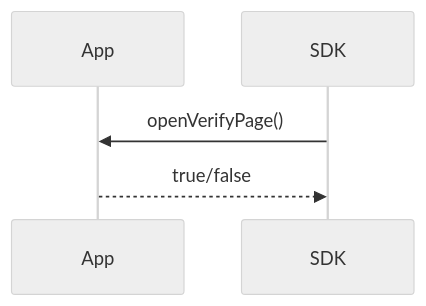
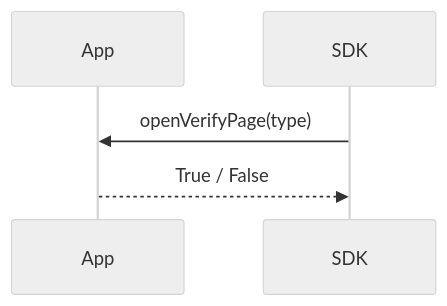
One commit to kryptogo/kg-mobile-wallet-sdk changed the sixth of 6 diagrams in README.md. Above: the diagram before and after it, drawn with Mermaid (neutral theme). The commit also changed other lines of this file, not shown here.

````diff
--- a/README.md
+++ b/README.md
@@ -182,7 +187,7 @@
 ```mermaid
 sequenceDiagram
 participant App
 participant SDK
-SDK->>App: openVerifyPage()
-App-->>SDK: true/false
+SDK->>App: openVerifyPage(type)
+App-->>SDK: True / False
 ```
````
